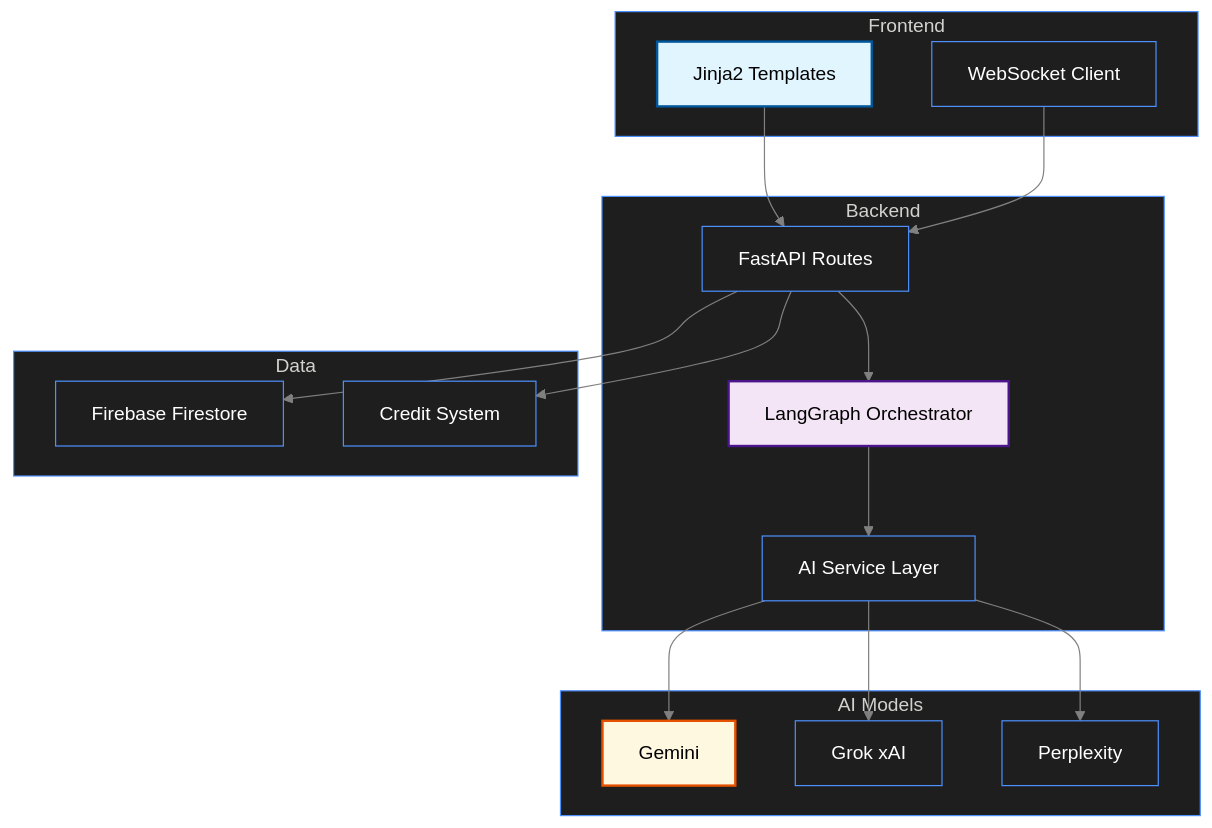
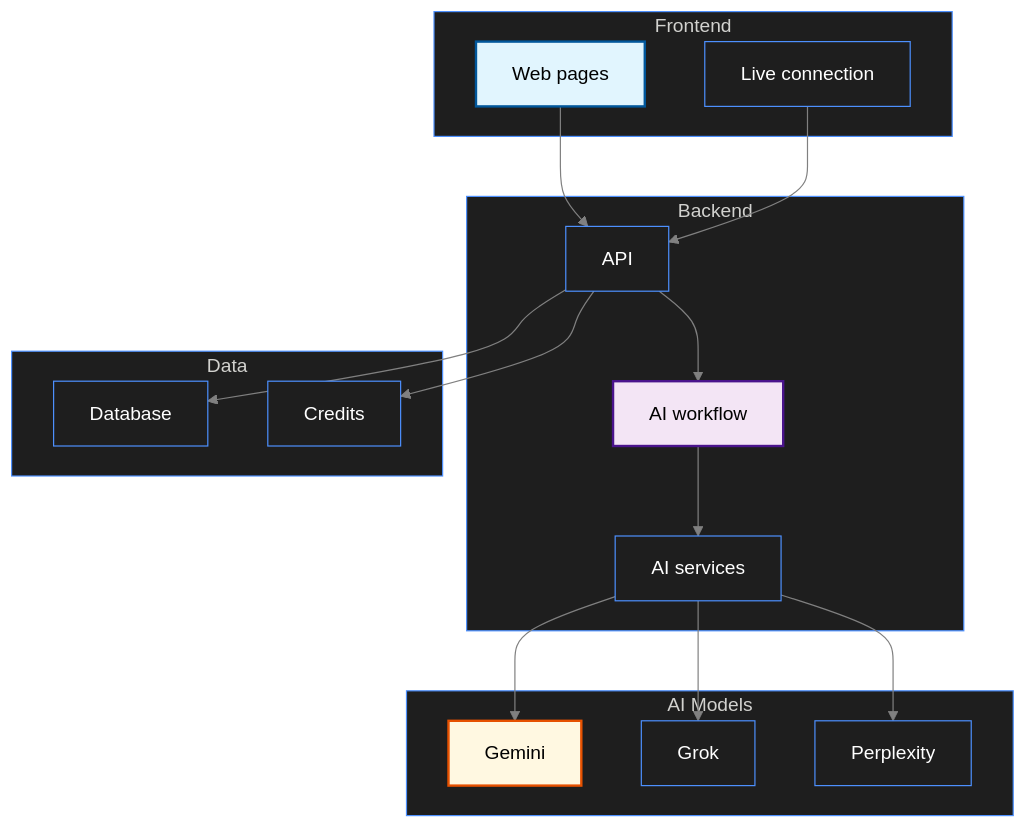
One commit to victorvos/cv-portfolio changed the diagram in projects/darom.md. Above: the diagram before and after it, drawn with Mermaid. The commit also changed other lines of this file and 1 other file, not shown here.

````diff
--- a/projects/darom.md
+++ b/projects/darom.md
@@ -21,39 +21,39 @@
 ```mermaid
 %%{init: {'theme': 'base', 'themeVariables': {'darkMode': true, 'background': '#121212', 'primaryColor': '#1e1e1e', 'primaryTextColor': '#ffffff', 'primaryBorderColor': '#4d90fe', 'secondaryColor': '#252526', 'tertiaryColor': '#2d2d30', 'lineColor': '#808080', 'textColor': '#ffffff', 'clusterBkg': '#1e1e1e', 'clusterBorder': '#4d90fe', 'nodeTextColor': '#ffffff'}}}%%
 graph TB
     subgraph "Frontend"
-        A[Jinja2 Templates]
-        B[WebSocket Client]
+        A[Web pages]
+        B[Live connection]
     end
     
     subgraph "Backend"
-        C[FastAPI Routes]
-        D[LangGraph Orchestrator]
-        E[AI Service Layer]
+        C[API]
+        D[AI workflow]
+        E[AI services]
     end
     
     subgraph "AI Models"
         F[Gemini]
-        G[Grok xAI]
+        G[Grok]
         H[Perplexity]
     end
     
     subgraph "Data"
-        I[Firebase Firestore]
-        J[Credit System]
+        I[Database]
+        J[Credits]
     end
     
     A --> C
     B --> C
     C --> D
     D --> E
     E --> F
     E --> G
     E --> H
     C --> I
     C --> J
     
     style A fill:#e1f5fe,stroke:#01579b,stroke-width:2px,color:#000000
     style D fill:#f3e5f5,stroke:#4a148c,stroke-width:2px,color:#000000
     style F fill:#fff8e1,stroke:#e65100,stroke-width:2px,color:#000000
 ```
````
